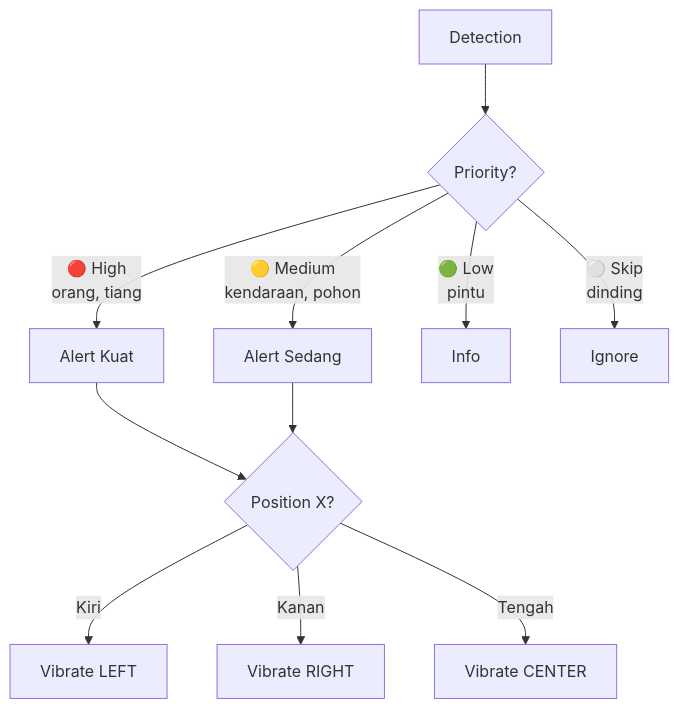
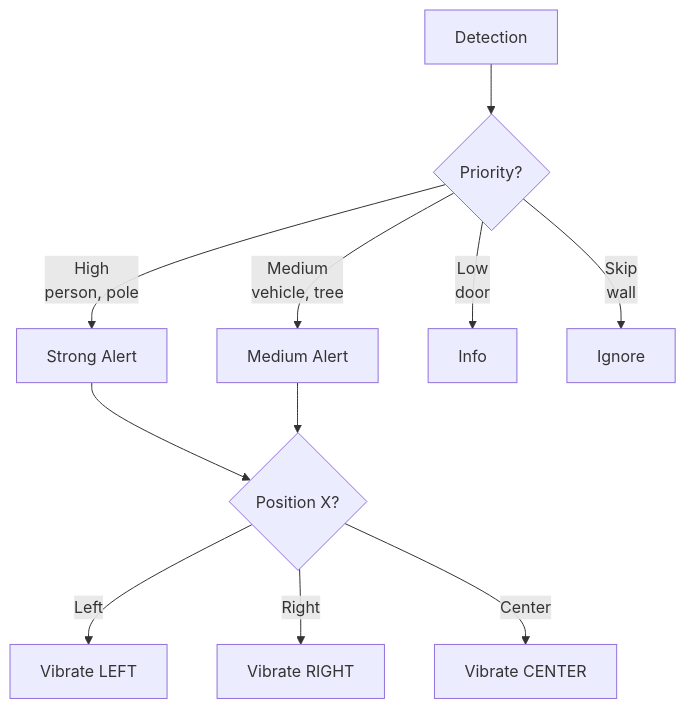
One commit to eLsann/model-esp32 changed the fourth of 4 diagrams in README.md. Above: the diagram before and after it, drawn with Mermaid. The commit also changed other lines of this file, not shown here.

````diff
--- a/README.md
+++ b/README.md
@@ -90,14 +90,14 @@
 ```mermaid
 flowchart TD
     A["Detection"] --> B{"Priority?"}
-    B -->|🔴 High<br/>orang, tiang| C["Alert Kuat"]
-    B -->|🟡 Medium<br/>kendaraan, pohon| D["Alert Sedang"]
-    B -->|🟢 Low<br/>pintu| E["Info"]
-    B -->|⚪ Skip<br/>dinding| F["Ignore"]
+    B -->|High<br/>person, pole| C["Strong Alert"]
+    B -->|Medium<br/>vehicle, tree| D["Medium Alert"]
+    B -->|Low<br/>door| E["Info"]
+    B -->|Skip<br/>wall| F["Ignore"]
     
     C --> G{"Position X?"}
     D --> G
-    G -->|Kiri| H["Vibrate LEFT"]
-    G -->|Kanan| I["Vibrate RIGHT"]
-    G -->|Tengah| J["Vibrate CENTER"]
+    G -->|Left| H["Vibrate LEFT"]
+    G -->|Right| I["Vibrate RIGHT"]
+    G -->|Center| J["Vibrate CENTER"]
 ```
````
